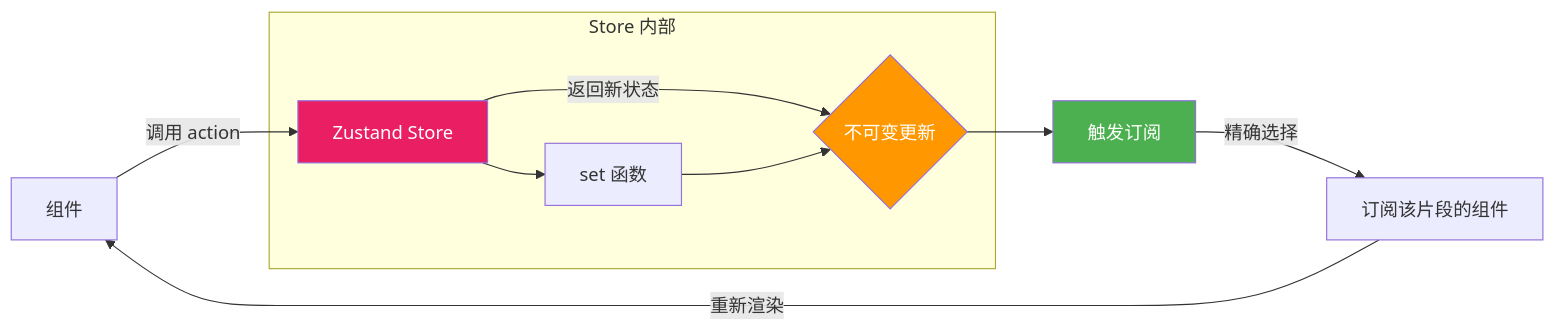
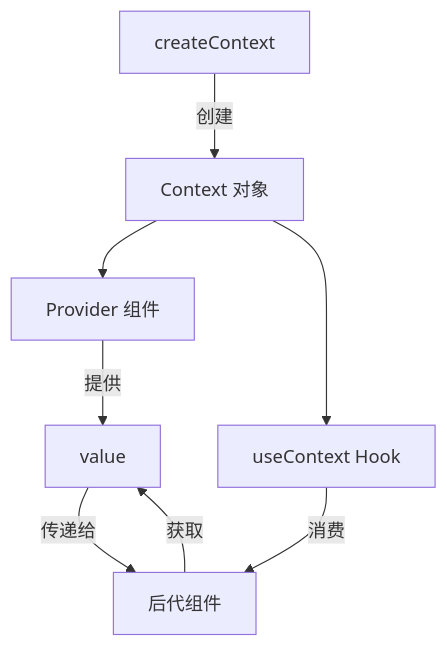
Diagram 14 of 21 in 00-基础常识/05-React-详解版.md (KMaybe01/common), drawn with Mermaid before and after one commit. The commit also changed other lines of this file and 10 other files, not shown here.

````diff
--- a/00-基础常识/05-React-详解版.md
+++ b/00-基础常识/05-React-详解版.md
@@ -1341,17 +860,11 @@
 ```mermaid
-graph LR
-    A["组件"] -->|调用 action| B["Zustand Store"]
-    B -->|返回新状态| C{"不可变更新"}
-    C --> D["触发订阅"]
-    D -->|精确选择| E["订阅该片段的组件"]
-    E -->|重新渲染| A
+graph TD
+    A["createContext"] -->|创建| B["Context 对象"]
+    B --> C["Provider 组件"]
+    B --> D["useContext Hook"]
 
-    subgraph Store 内部
-        B --> F["set 函数"]
-        F --> C
-    end
-
-    style B fill:#E91E63,color:#fff
-    style C fill:#FF9800,color:#fff
-    style D fill:#4CAF50,color:#fff
+    C -->|提供| E["value"]
+    E -->|传递给| F["后代组件"]
+    D -->|消费| F
+    F -->|获取| E
 ```
````
